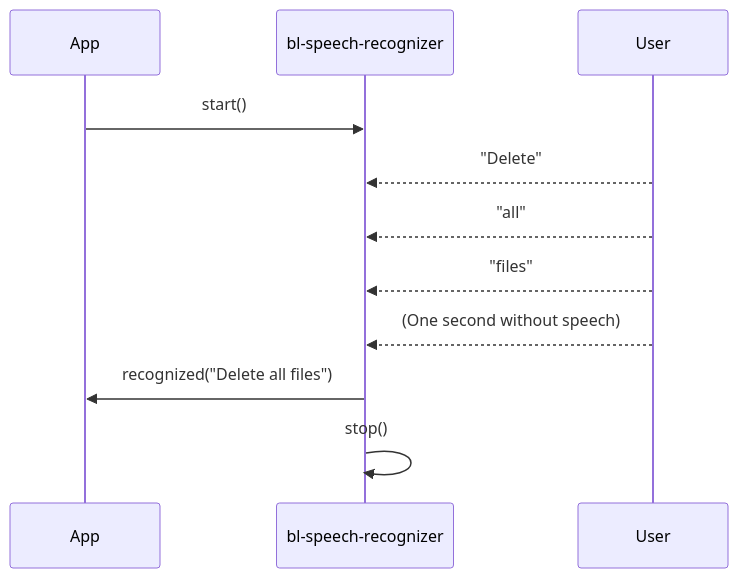
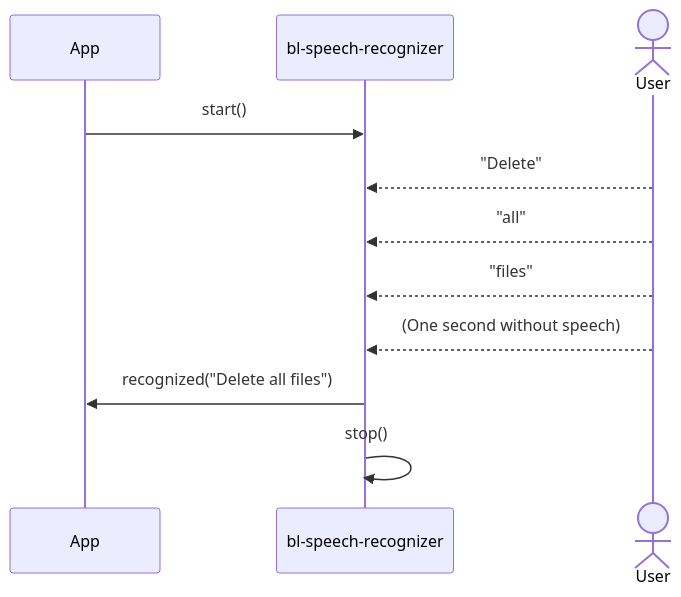
Before and after one commit to madcato/bl-speech-recognizer: the second of 2 diagrams in README.md, drawn with Mermaid. The commit also changed other lines of this file and 2 other files, not shown here.

````diff
--- a/README.md
+++ b/README.md
@@ -39,10 +105,11 @@
 ```mermaid
 sequenceDiagram
     App->>bl-speech-recognizer: start()
+    actor User
     User-->>bl-speech-recognizer: "Delete"
     User-->>bl-speech-recognizer: "all"
     User-->>bl-speech-recognizer: "files"
     User-->>bl-speech-recognizer: (One second without speech)
     bl-speech-recognizer->>App: recognized("Delete all files")
     bl-speech-recognizer->>bl-speech-recognizer: stop()
 ```
````
